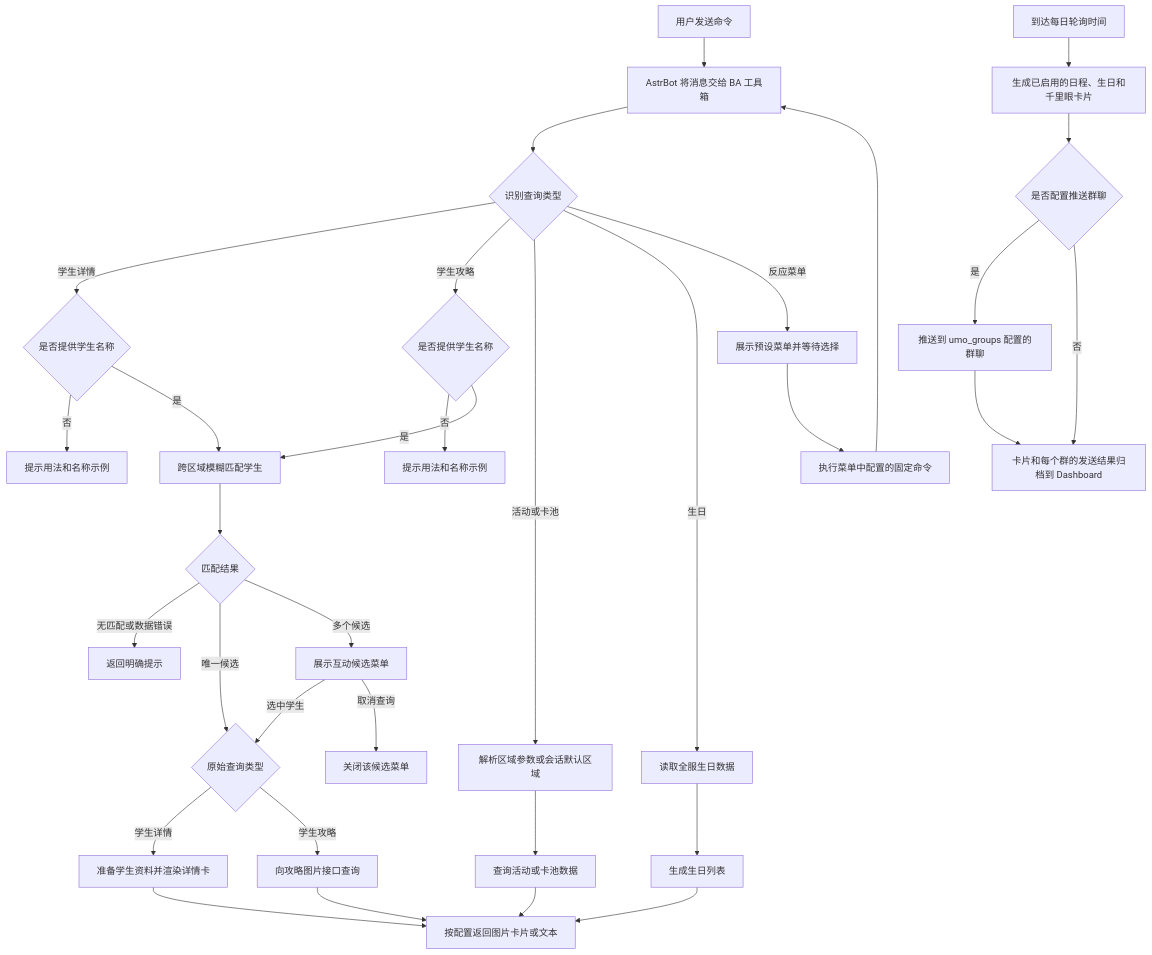
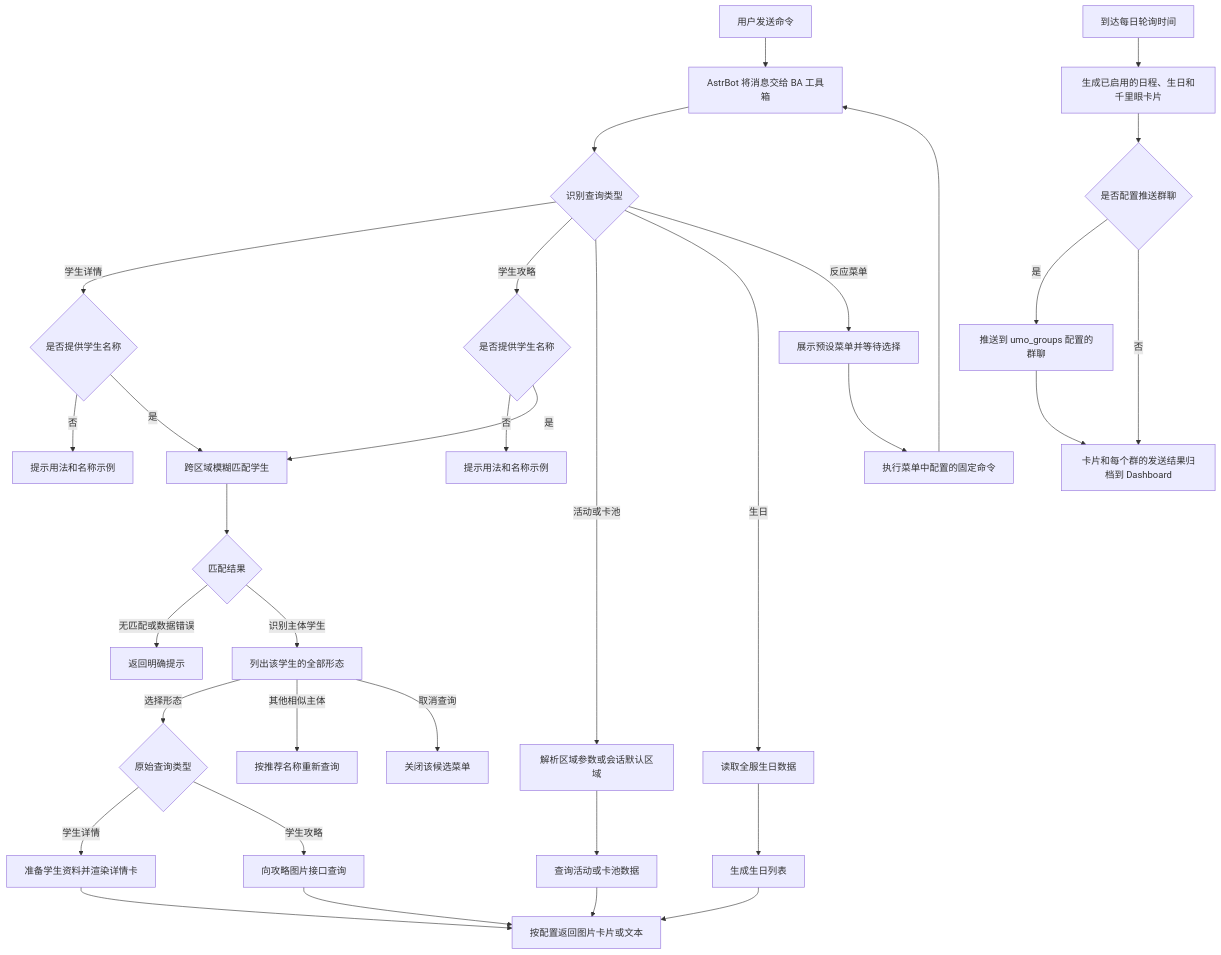
One commit to DearCrazyLeaf/astrbot_plugin_bluearchive_toolbox changed the diagram in README.md. Above: the diagram before and after it, drawn with Mermaid. The commit also changed other lines of this file and 7 other files, not shown here.

````diff
--- a/README.md
+++ b/README.md
@@ -79,41 +79,41 @@
 ```mermaid
 flowchart TD
     U[用户发送命令] --> R[AstrBot 将消息交给 BA 工具箱]
     R --> T{识别查询类型}
 
     T -->|学生详情| S{是否提供学生名称}
     T -->|学生攻略| G{是否提供学生名称}
     T -->|活动或卡池| A[解析区域参数或会话默认区域]
     T -->|生日| B[读取全服生日数据]
     T -->|反应菜单| M[展示预设菜单并等待选择]
 
     S -->|否| P1[提示用法和名称示例]
     S -->|是| F[跨区域模糊匹配学生]
     G -->|否| P2[提示用法和名称示例]
     G -->|是| F
 
     F --> Z{匹配结果}
     Z -->|无匹配或数据错误| E[返回明确提示]
-    Z -->|唯一候选| Q{原始查询类型}
-    Z -->|多个候选| C[展示互动候选菜单]
-    C -->|选中学生| Q
+    Z -->|识别主体学生| C[列出该学生的全部形态]
+    C -->|选择形态| Q{原始查询类型}
+    C -->|其他相似主体| R2[按推荐名称重新查询]
     C -->|取消查询| X[关闭该候选菜单]
 
     Q -->|学生详情| D[准备学生资料并渲染详情卡]
     Q -->|学生攻略| I[向攻略图片接口查询]
     A --> H[查询活动或卡池数据]
     B --> J[生成生日列表]
 
     D --> O[按配置返回图片卡片或文本]
     I --> O
     H --> O
     J --> O
     M --> K[执行菜单中配置的固定命令]
     K --> R
 
     P[到达每日轮询时间] --> C2[生成已启用的日程、生日和千里眼卡片]
     C2 --> D2{是否配置推送群聊}
     D2 -->|是| S2[推送到 umo_groups 配置的群聊]
     D2 -->|否| A2[卡片归档到 Dashboard]
     S2 --> A2[卡片和每个群的发送结果归档到 Dashboard]
 ```
````
